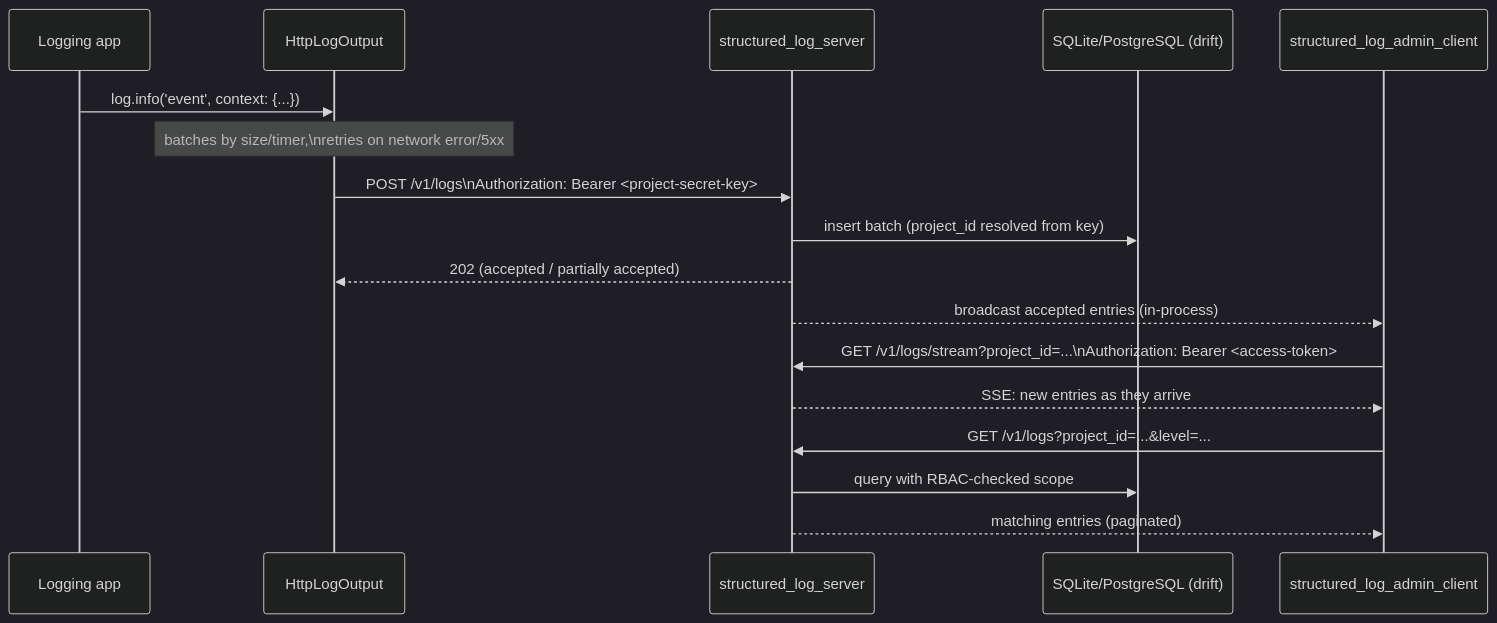
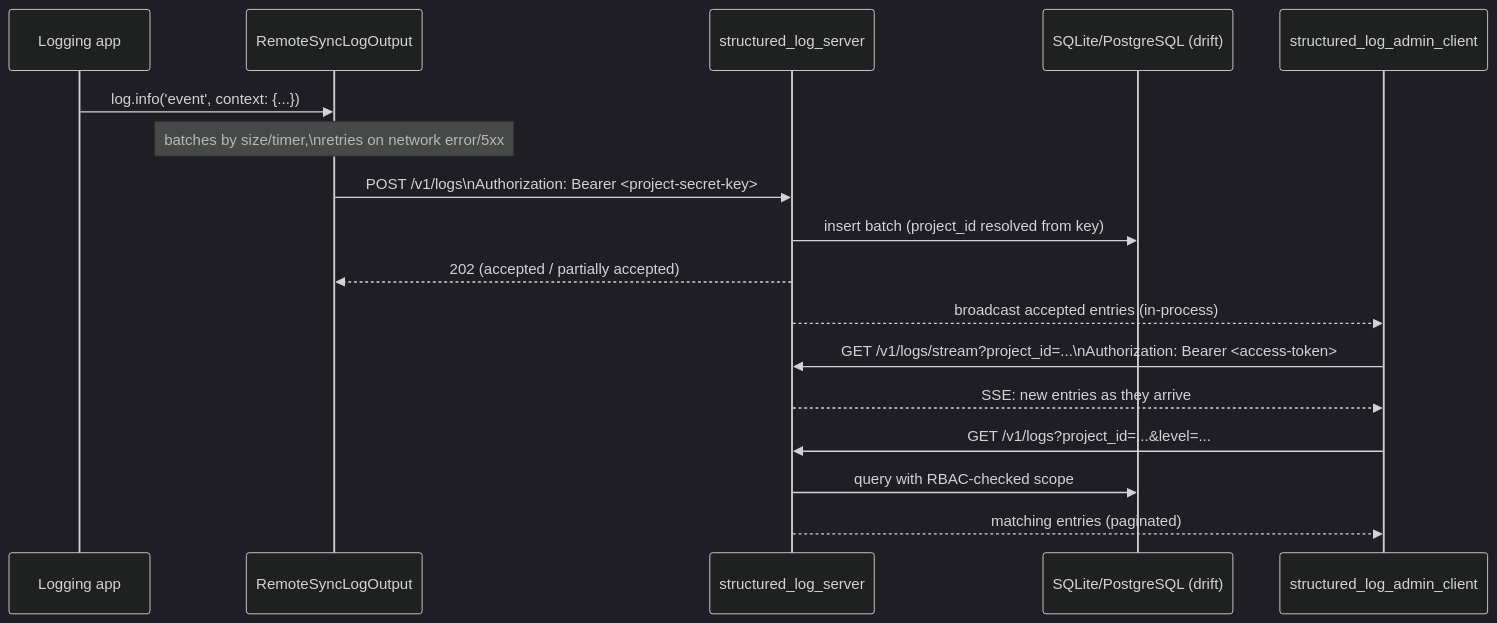
The second of 3 diagrams in docs/architecture/README.md (pese-git/structured_log), drawn with Mermaid (dark theme) before and after one commit. The commit also changed other lines of this file and 61 other files, not shown here.

````diff
--- a/docs/architecture/README.md
+++ b/docs/architecture/README.md
@@ -91,22 +91,22 @@
 ```mermaid
 sequenceDiagram
     participant App as Logging app
-    participant HTTP as HttpLogOutput
+    participant HTTP as RemoteSyncLogOutput
     participant Srv as structured_log_server
     participant DB as SQLite/PostgreSQL (drift)
     participant Admin as structured_log_admin_client
 
     App->>HTTP: log.info('event', context: {...})
     Note over HTTP: batches by size/timer,\nretries on network error/5xx
     HTTP->>Srv: POST /v1/logs\nAuthorization: Bearer <project-secret-key>
     Srv->>DB: insert batch (project_id resolved from key)
     Srv-->>HTTP: 202 (accepted / partially accepted)
     Srv-->>Admin: broadcast accepted entries (in-process)
 
     Admin->>Srv: GET /v1/logs/stream?project_id=...\nAuthorization: Bearer <access-token>
     Srv-->>Admin: SSE: new entries as they arrive
 
     Admin->>Srv: GET /v1/logs?project_id=...&level=...
     Srv->>DB: query with RBAC-checked scope
     Srv-->>Admin: matching entries (paginated)
 ```
````
